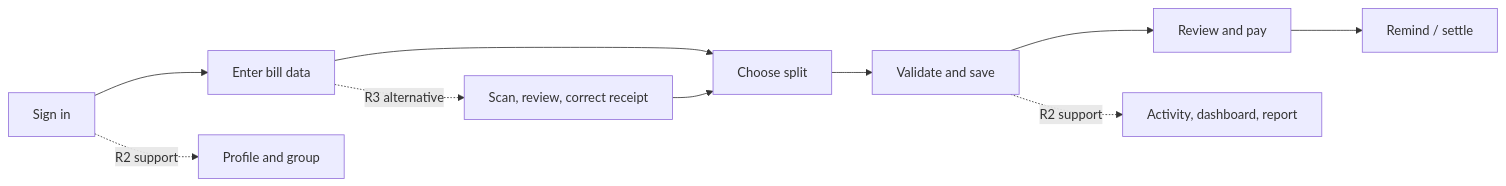
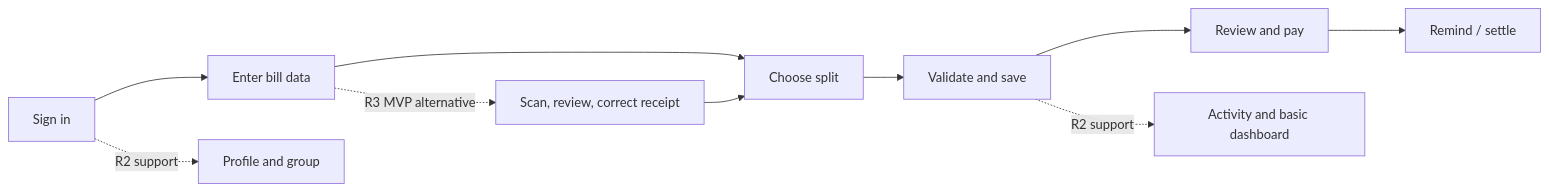
Before and after one commit to vntthanh/splitly: the second of 2 diagrams in docs/Project_Vision_and_Scope/Product_Backlog_and_Acceptance_Criteria.md, drawn with Mermaid. The commit also changed other lines of this file and 23 other files, not shown here.

````diff
--- a/docs/Project_Vision_and_Scope/Product_Backlog_and_Acceptance_Criteria.md
+++ b/docs/Project_Vision_and_Scope/Product_Backlog_and_Acceptance_Criteria.md
@@ -246,12 +247,12 @@
 ```mermaid
 flowchart LR
     A[Sign in] --> B[Enter bill data]
     B --> C[Choose split]
     C --> D[Validate and save]
     D --> E[Review and pay]
     E --> F[Remind / settle]
     A -. R2 support .-> G[Profile and group]
-    D -. R2 support .-> H[Activity, dashboard, report]
-    B -. R3 alternative .-> I[Scan, review, correct receipt]
+    D -. R2 support .-> H[Activity and basic dashboard]
+    B -. R3 MVP alternative .-> I[Scan, review, correct receipt]
     I --> C
 ```
````
